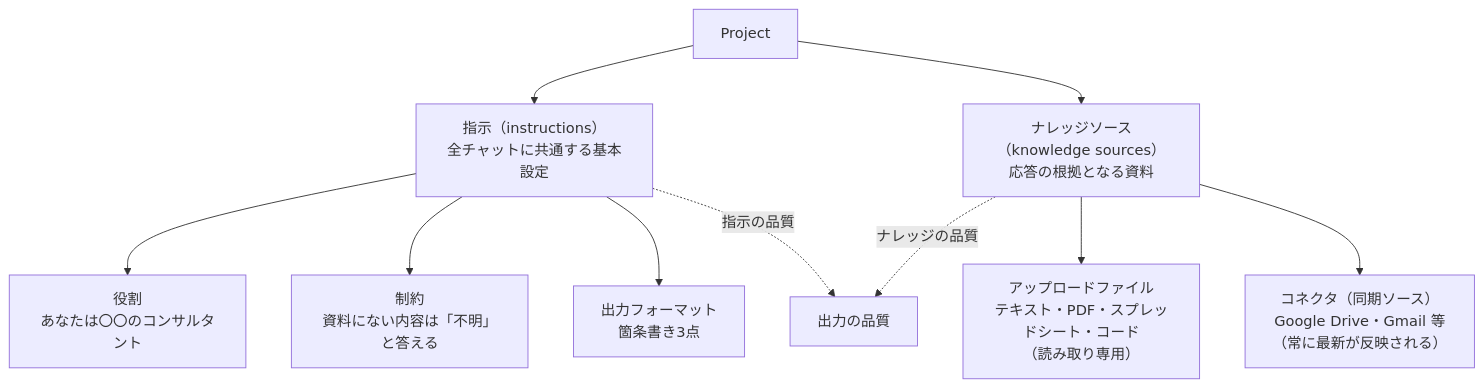
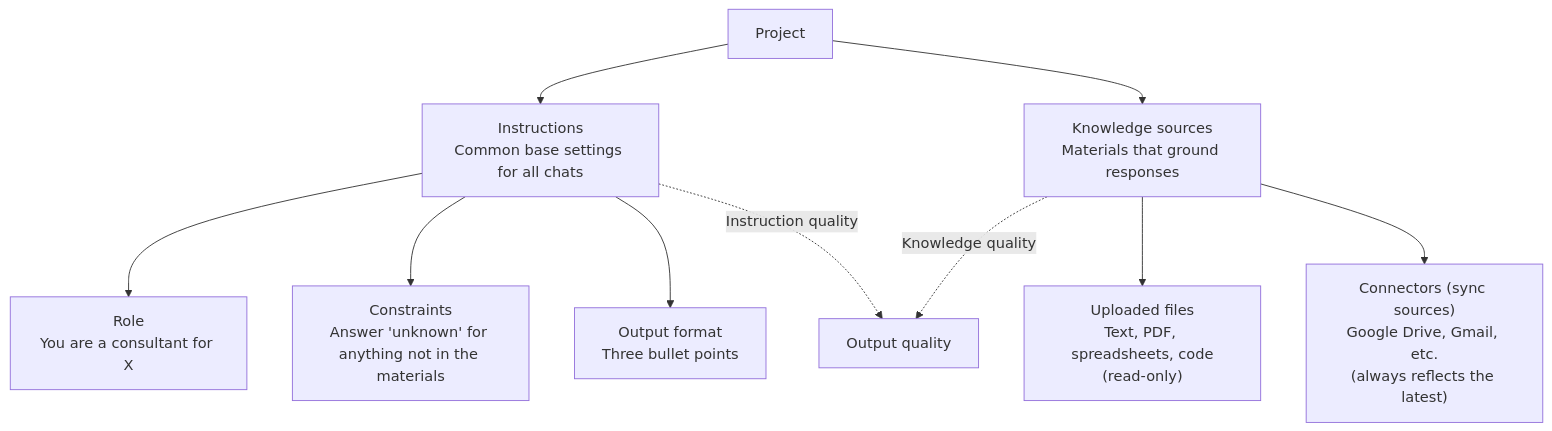
One commit to AbdullahMufti/ccao-f-guide changed diagram 11 of 19 in guide.md. Above: the diagram before and after it, drawn with Mermaid. The commit also changed other lines of this file and 3 other files, not shown here.

````diff
--- a/guide.md
+++ b/guide.md
@@ -723,14 +724,14 @@
 ```mermaid
 graph TB
     PROJ["Project"]
-    PROJ --> INST["指示（instructions）<br/>全チャットに共通する基本設定"]
-    PROJ --> KS["ナレッジソース（knowledge sources）<br/>応答の根拠となる資料"]
-    INST --> I1["役割<br/>あなたは〇〇のコンサルタント"]
-    INST --> I2["制約<br/>資料にない内容は「不明」と答える"]
-    INST --> I3["出力フォーマット<br/>箇条書き3点"]
-    KS --> UF["アップロードファイル<br/>テキスト・PDF・スプレッドシート・コード<br/>（読み取り専用）"]
-    KS --> CN["コネクタ（同期ソース）<br/>Google Drive・Gmail 等<br/>（常に最新が反映される）"]
-    INST -.->|"指示の品質"| OUT
-    KS -.->|"ナレッジの品質"| OUT
-    OUT["出力の品質"]
+    PROJ --> INST["Instructions<br/>Common base settings for all chats"]
+    PROJ --> KS["Knowledge sources<br/>Materials that ground responses"]
+    INST --> I1["Role<br/>You are a consultant for X"]
+    INST --> I2["Constraints<br/>Answer 'unknown' for anything not in the materials"]
+    INST --> I3["Output format<br/>Three bullet points"]
+    KS --> UF["Uploaded files<br/>Text, PDF, spreadsheets, code<br/>(read-only)"]
+    KS --> CN["Connectors (sync sources)<br/>Google Drive, Gmail, etc.<br/>(always reflects the latest)"]
+    INST -.->|"Instruction quality"| OUT
+    KS -.->|"Knowledge quality"| OUT
+    OUT["Output quality"]
 ```
````
